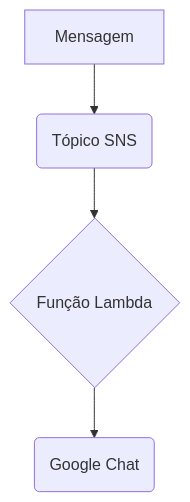
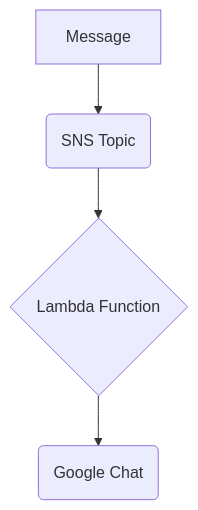
Before and after one commit to yohrannes/terraform-aws-sns-to-googlechat: the diagram in README.md, drawn with Mermaid. The commit also changed other lines of this file, not shown here.

````diff
--- a/README.md
+++ b/README.md
@@ -23,6 +23,6 @@
 ```mermaid
 graph TD;
-    A[Mensagem] --> B(Tópico SNS);
-    B --> C{Função Lambda};
+    A[Message] --> B(SNS Topic);
+    B --> C{Lambda Function};
     C --> D(Google Chat);
 ```
````
